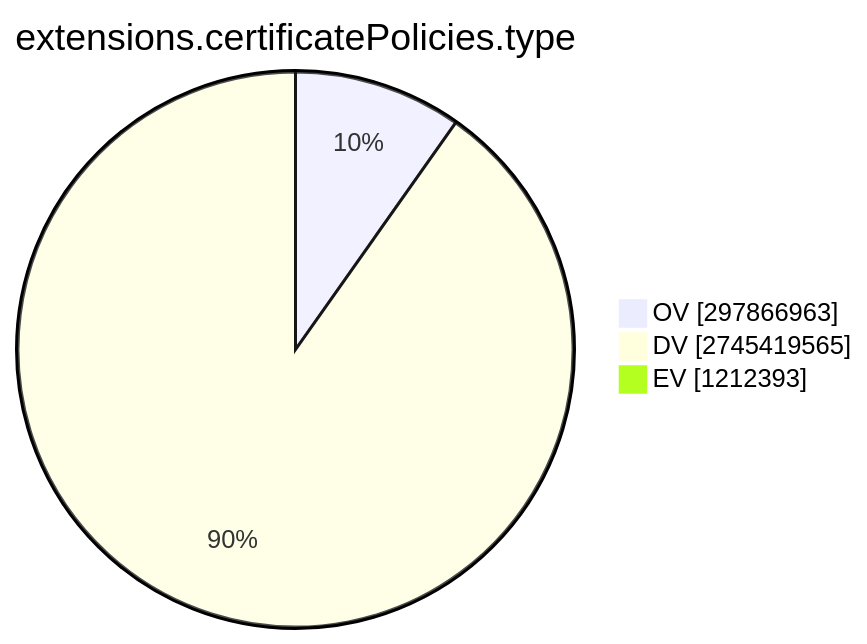
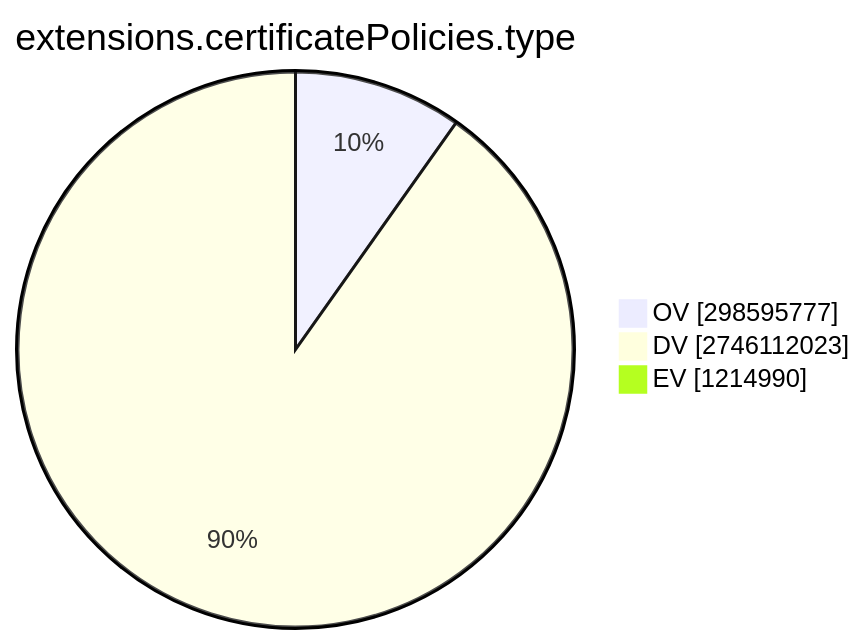
The ninth of 15 diagrams in TOTAL/README.md (christiankrug/ctmonitor_visualization), drawn with Mermaid before and after one commit. The commit also changed other lines of this file, not shown here.

````diff
--- a/TOTAL/README.md
+++ b/TOTAL/README.md
@@ -3100,7 +3100,7 @@
 ```mermaid
 pie showData
 title extensions.certificatePolicies.type
-"OV" :297866963
-"DV" :2745419565
-"EV" :1212393
+"OV" :298595777
+"DV" :2746112023
+"EV" :1214990
 ```
````
